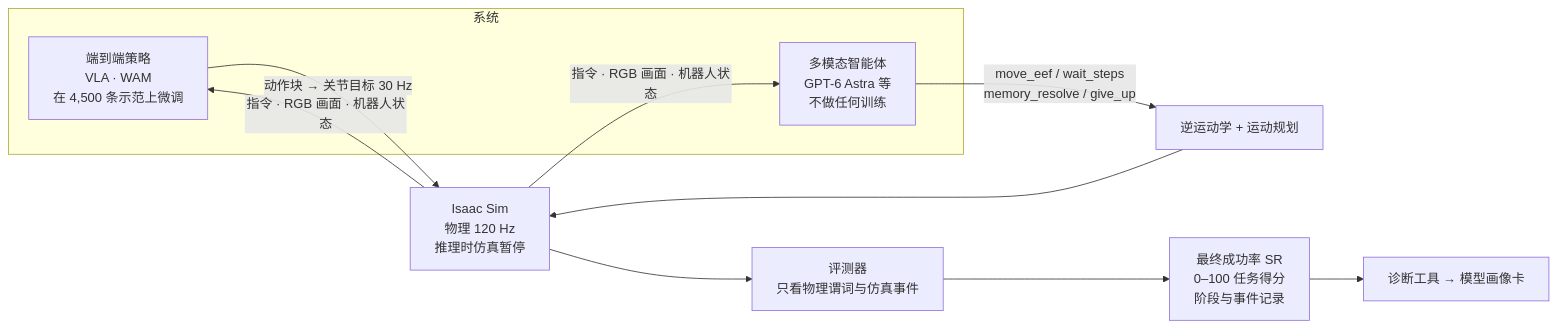
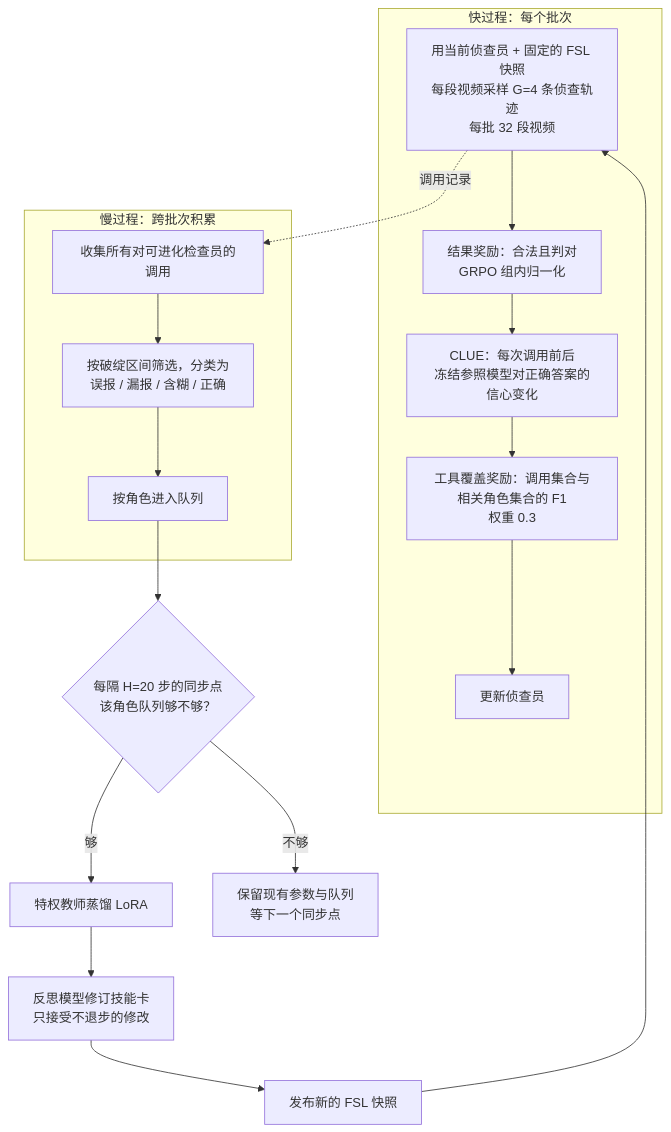
The fifth of 7 diagrams in docs/index.md (yingwang/paper-reads), drawn with Mermaid before and after one commit. The commit also changed other lines of this file and 2 other files, not shown here.

````diff
--- a/docs/index.md
+++ b/docs/index.md
@@ -118,14 +258,20 @@
 ```mermaid
-flowchart LR
-    subgraph 系统
-      E["端到端策略<br/>VLA · WAM<br/>在 4,500 条示范上微调"]
-      G["多模态智能体<br/>GPT-6 Astra 等<br/>不做任何训练"]
+flowchart TB
+    subgraph FAST["快过程：每个批次"]
+        R1["用当前侦查员 + 固定的 FSL 快照<br/>每段视频采样 G=4 条侦查轨迹<br/>每批 32 段视频"] --> R2["结果奖励：合法且判对<br/>GRPO 组内归一化"]
+        R2 --> R3["CLUE：每次调用前后<br/>冻结参照模型对正确答案的信心变化"]
+        R3 --> R4["工具覆盖奖励：调用集合与相关角色集合的 F1<br/>权重 0.3"]
+        R4 --> R5["更新侦查员"]
     end
-    E -->|"动作块 → 关节目标 30 Hz"| S["Isaac Sim<br/>物理 120 Hz<br/>推理时仿真暂停"]
-    G -->|"move_eef / wait_steps<br/>memory_resolve / give_up"| P["逆运动学 + 运动规划"] --> S
-    S -->|"指令 · RGB 画面 · 机器人状态"| E
-    S -->|"指令 · RGB 画面 · 机器人状态"| G
-    S --> V["评测器<br/>只看物理谓词与仿真事件"]
-    V --> R["最终成功率 SR<br/>0–100 任务得分<br/>阶段与事件记录"]
-    R --> D["诊断工具 → 模型画像卡"]
+    subgraph SLOW["慢过程：跨批次积累"]
+        Q1["收集所有对可进化检查员的调用"] --> Q2["按破绽区间筛选，分类为<br/>误报 / 漏报 / 含糊 / 正确"]
+        Q2 --> Q3["按角色进入队列"]
+    end
+    R1 -. "调用记录" .-> Q1
+    Q3 --> B{"每隔 H=20 步的同步点<br/>该角色队列够不够？"}
+    B -- "够" --> D1["特权教师蒸馏 LoRA"]
+    D1 --> D2["反思模型修订技能卡<br/>只接受不退步的修改"]
+    D2 --> P["发布新的 FSL 快照"]
+    B -- "不够" --> K["保留现有参数与队列<br/>等下一个同步点"]
+    P --> R1
 ```
````
